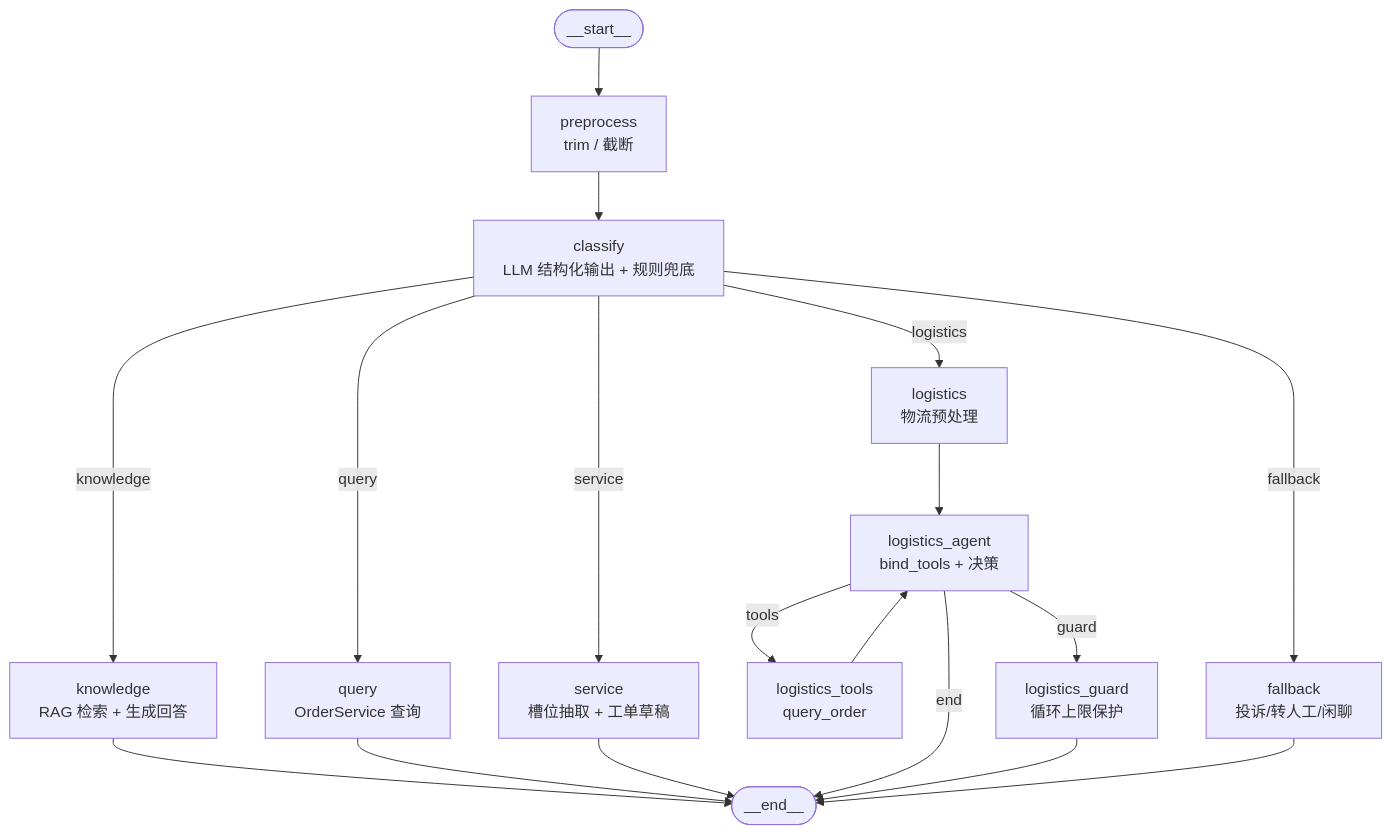
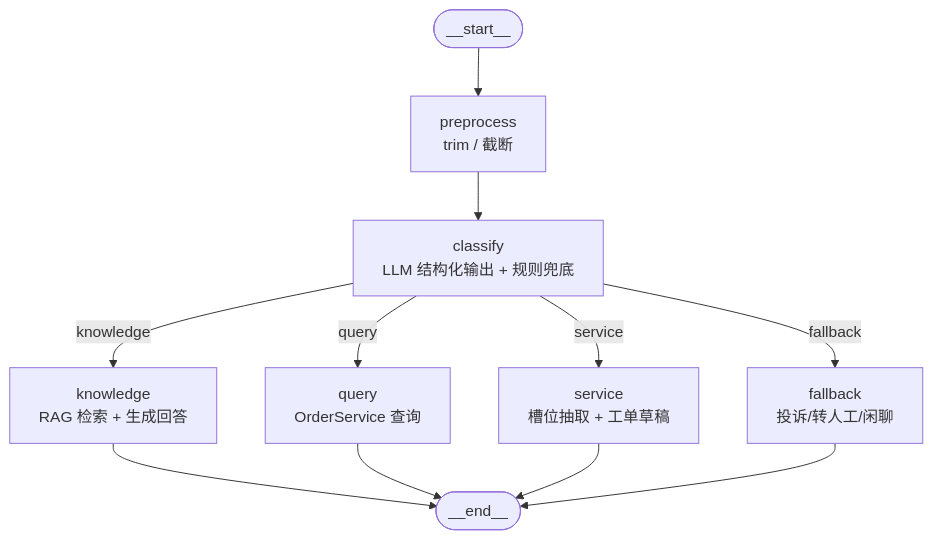
The diagram in docs/architecture.md (II777II/qa-ticket-agent), drawn with Mermaid before and after one commit. The commit also changed other lines of this file and 36 other files, not shown here.

````diff
--- a/docs/architecture.md
+++ b/docs/architecture.md
@@ -42,20 +42,13 @@
 ```mermaid
 flowchart TD
     S([__start__]) --> P["preprocess<br/>trim / 截断"]
     P --> C["classify<br/>LLM 结构化输出 + 规则兜底"]
     C -- knowledge --> K["knowledge<br/>RAG 检索 + 生成回答"]
     C -- query --> Q["query<br/>OrderService 查询"]
     C -- service --> V["service<br/>槽位抽取 + 工单草稿"]
-    C -- logistics --> L["logistics<br/>物流预处理"]
-    L --> LA["logistics_agent<br/>bind_tools + 决策"]
-    LA -- tools --> LT["logistics_tools<br/>query_order"]
-    LT --> LA
-    LA -- guard --> LG["logistics_guard<br/>循环上限保护"]
     C -- fallback --> F["fallback<br/>投诉/转人工/闲聊"]
     K --> E([__end__])
     Q --> E
     V --> E
-    LA -- end --> E
-    LG --> E
     F --> E
 ```
````
